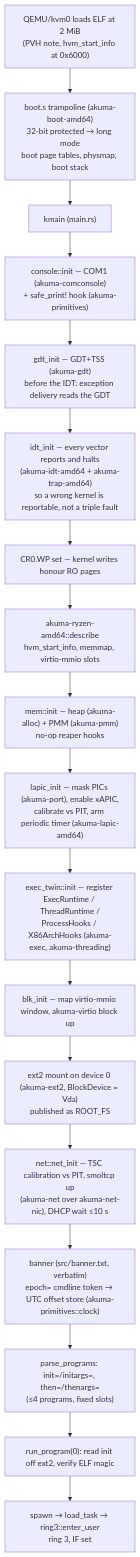
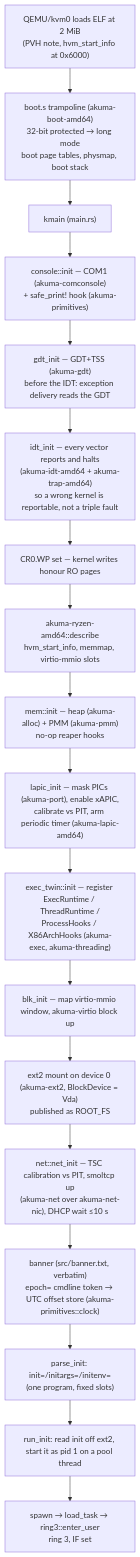
One commit to netoneko/akuma changed the diagram in taoxichuan/docs/reference/boot.md. Above: the diagram before and after it, drawn with Mermaid. The commit also changed other lines of this file and 3 other files, not shown here.

First line of the commit message:
taoxichuan: one boot program (pm S4) - the then= chain and its stage-3 reaper go; spawn's dead tail removed (no build warnings left)

````diff
--- a/taoxichuan/docs/reference/boot.md
+++ b/taoxichuan/docs/reference/boot.md
@@ -22,20 +22,20 @@
 ```mermaid
 flowchart TD
     A["QEMU/kvm0 loads ELF at 2 MiB<br/>(PVH note, hvm_start_info at 0x6000)"] --> B["boot.s trampoline (akuma-boot-amd64)<br/>32-bit protected → long mode<br/>boot page tables, physmap, boot stack"]
     B --> C["kmain (main.rs)"]
     C --> D["console::init — COM1 (akuma-comconsole)<br/>+ safe_print! hook (akuma-primitives)"]
     D --> E["gdt_init — GDT+TSS (akuma-gdt)<br/>before the IDT: exception delivery reads the GDT"]
     E --> F["idt_init — every vector reports and halts<br/>(akuma-idt-amd64 + akuma-trap-amd64)<br/>so a wrong kernel is reportable, not a triple fault"]
     F --> G["CR0.WP set — kernel writes honour RO pages"]
     G --> H["akuma-ryzen-amd64::describe<br/>hvm_start_info, memmap, virtio-mmio slots"]
     H --> I["mem::init — heap (akuma-alloc) + PMM (akuma-pmm)<br/>no-op reaper hooks"]
     I --> J["lapic_init — mask PICs (akuma-port), enable xAPIC,<br/>calibrate vs PIT, arm periodic timer (akuma-lapic-amd64)"]
     J --> K["exec_twin::init — register ExecRuntime / ThreadRuntime /<br/>ProcessHooks / X86ArchHooks (akuma-exec, akuma-threading)"]
     K --> L["blk_init — map virtio-mmio window, akuma-virtio block up"]
     L --> M["ext2 mount on device 0 (akuma-ext2, BlockDevice = Vda)<br/>published as ROOT_FS"]
     M --> N["net::net_init — TSC calibration vs PIT, smoltcp up<br/>(akuma-net over akuma-net-nic), DHCP wait ≤10 s"]
     N --> O["banner (src/banner.txt, verbatim)<br/>epoch= cmdline token → UTC offset store (akuma-primitives::clock)"]
-    O --> P["parse_programs: init=/initargs=, then=/thenargs=<br/>(≤4 programs, fixed slots)"]
-    P --> Q["run_program(0): read init off ext2, verify ELF magic"]
+    O --> P["parse_init: init=/initargs=/initenv=<br/>(one program, fixed slots)"]
+    P --> Q["run_init: read init off ext2, start it as pid 1 on a pool thread"]
     Q --> R["spawn → load_task → ring3::enter_user<br/>ring 3, IF set"]
 ```
````
